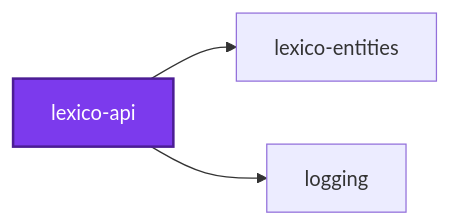
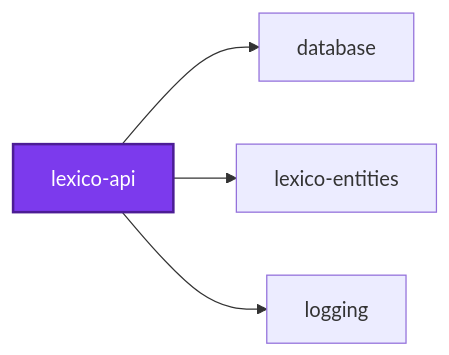
Before and after one commit to Organizzolini/codebase: the first of 3 diagrams in applications/lexico-api/README.md, drawn with Mermaid. The commit also changed other lines of this file and 15 other files, not shown here.

Commit message:
refactor(lexico,lexico-ingestion): ♻️ read postgres settings from the shared environment schema

````diff
--- a/applications/lexico-api/README.md
+++ b/applications/lexico-api/README.md
@@ -24,10 +24,12 @@
 ```mermaid
 graph LR
+  database["database"]
   lexico_api["lexico-api"]
   lexico_entities["lexico-entities"]
   logging["logging"]
+  lexico_api --> database
   lexico_api --> lexico_entities
   lexico_api --> logging
   classDef subject fill:#7c3aed,color:#fff,stroke:#4c1d95,stroke-width:2px
   class lexico_api subject
 ```
````
